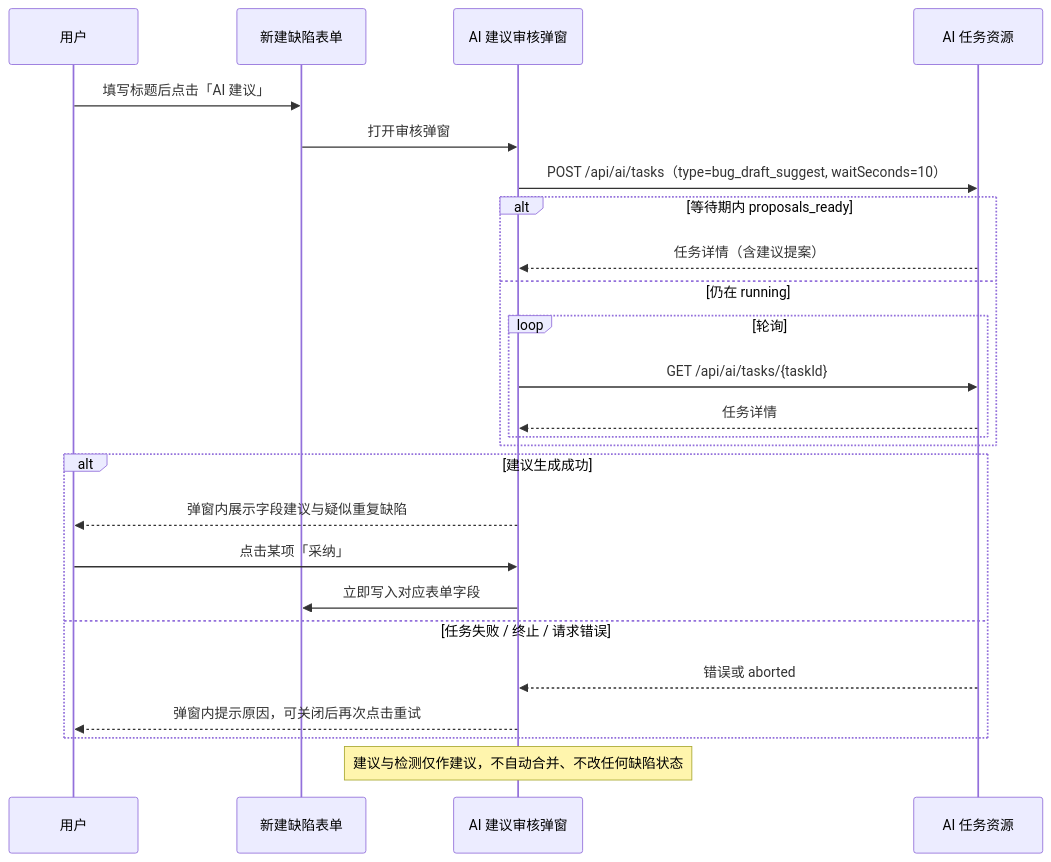
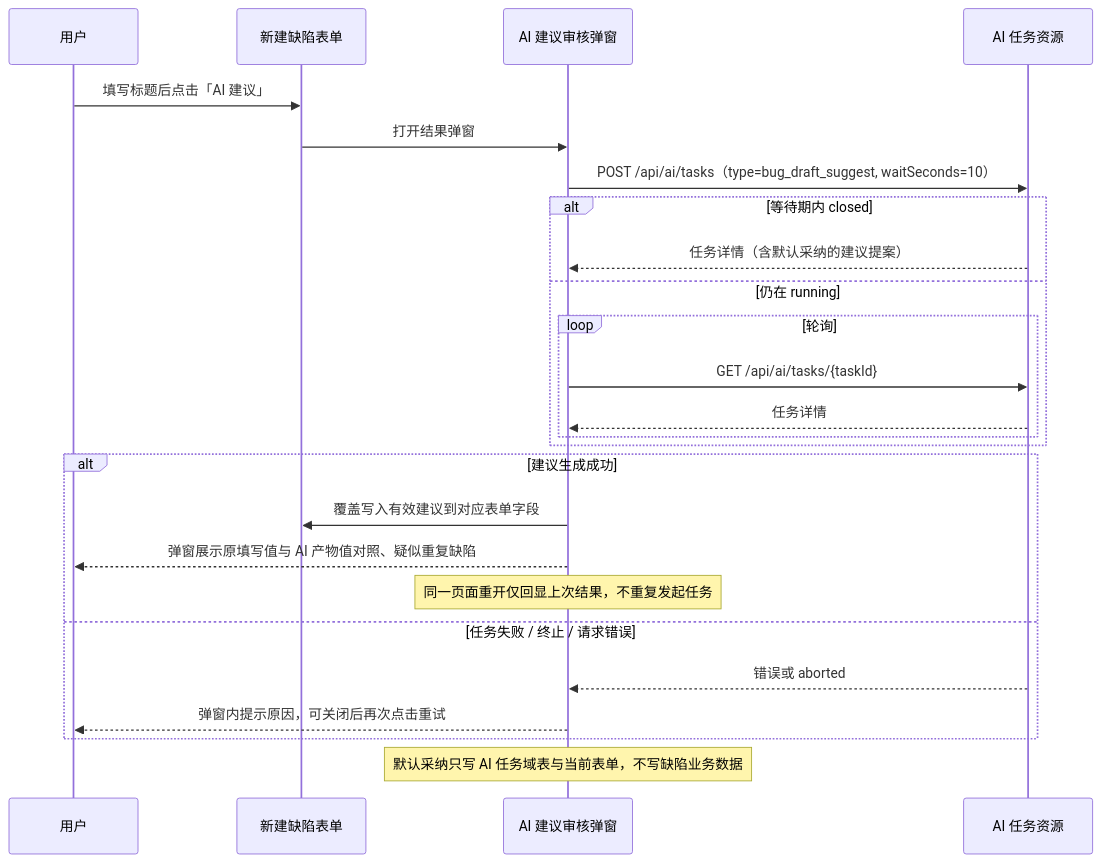
Before and after one commit to XiaoMiSum/robotest: the diagram in docs/05-interaction-design/07-ai-capability/06-defect-analysis-ui.md, drawn with Mermaid. The commit also changed other lines of this file and 23 other files, not shown here.

````diff
--- a/docs/05-interaction-design/07-ai-capability/06-defect-analysis-ui.md
+++ b/docs/05-interaction-design/07-ai-capability/06-defect-analysis-ui.md
@@ -35,27 +35,27 @@
 ```mermaid
 sequenceDiagram
   participant U as 用户
   participant F as 新建缺陷表单
   participant D as AI 建议审核弹窗
   participant T as AI 任务资源
   U->>F: 填写标题后点击「AI 建议」
-  F->>D: 打开审核弹窗
+  F->>D: 打开结果弹窗
   D->>T: POST /api/ai/tasks（type=bug_draft_suggest, waitSeconds=10）
-  alt 等待期内 proposals_ready
-    T-->>D: 任务详情（含建议提案）
+  alt 等待期内 closed
+    T-->>D: 任务详情（含默认采纳的建议提案）
   else 仍在 running
     loop 轮询
       D->>T: GET /api/ai/tasks/{taskId}
       T-->>D: 任务详情
     end
   end
   alt 建议生成成功
-    D-->>U: 弹窗内展示字段建议与疑似重复缺陷
-    U->>D: 点击某项「采纳」
-    D->>F: 立即写入对应表单字段
+    D->>F: 覆盖写入有效建议到对应表单字段
+    D-->>U: 弹窗展示原填写值与 AI 产物值对照、疑似重复缺陷
+    Note over D: 同一页面重开仅回显上次结果，不重复发起任务
   else 任务失败 / 终止 / 请求错误
     T-->>D: 错误或 aborted
     D-->>U: 弹窗内提示原因，可关闭后再次点击重试
   end
-  Note over D: 建议与检测仅作建议，不自动合并、不改任何缺陷状态
+  Note over D: 默认采纳只写 AI 任务域表与当前表单，不写缺陷业务数据
 ```
````
